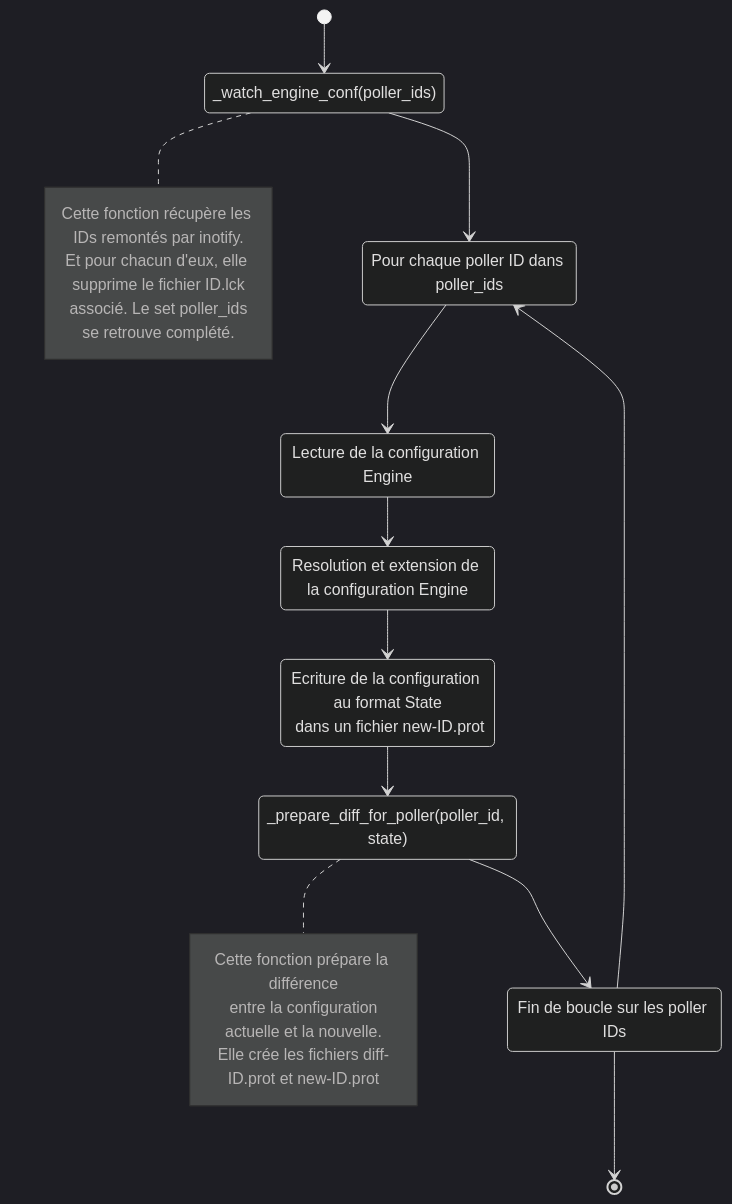
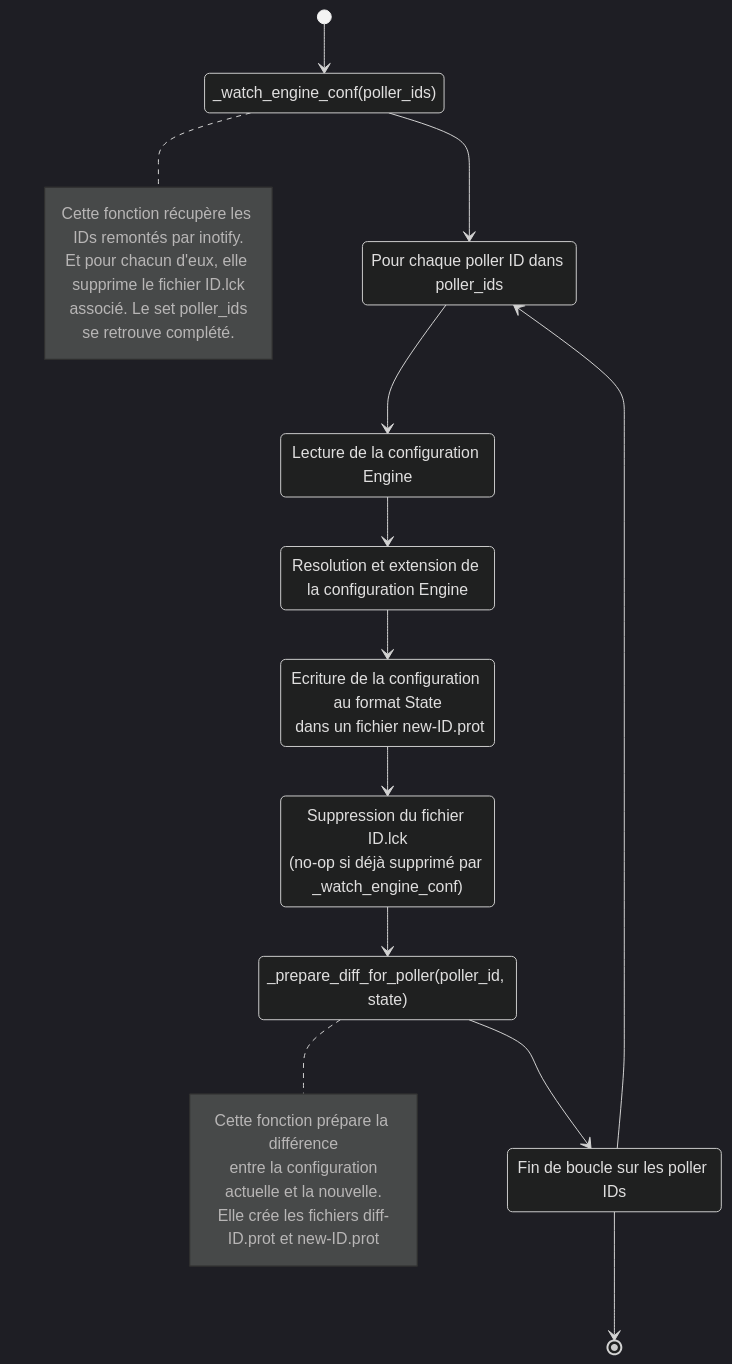
The tenth of 18 diagrams in broker/doc/nego-engine-broker-fr.md (centreon/centreon-collect), drawn with Mermaid (dark theme) before and after one commit. The commit also changed other lines of this file and 23 other files, not shown here.

Commit message:
enh(broker): When the prot file is lost on broker side, Engine can send it back

````diff
--- a/broker/doc/nego-engine-broker-fr.md
+++ b/broker/doc/nego-engine-broker-fr.md
@@ -826,20 +861,22 @@
 ```mermaid
 stateDiagram-v2
     [*] --> _watch_engine_conf(poller_ids)
     _watch_engine_conf(poller_ids) --> pour_chaque_poller_id
     note right of _watch_engine_conf(poller_ids): Cette fonction récupère les IDs remontés par inotify.<br/>Et pour chacun d'eux, elle supprime le fichier ID.lck<br/> associé. Le set poller_ids se retrouve complété.
     lect_conf_engine: Lecture de la configuration Engine
     pour_chaque_poller_id: Pour chaque poller ID dans poller_ids
     pour_chaque_poller_id --> lect_conf_engine
     lect_conf_engine --> resolution_de_la_configuration_engine
     resolution_de_la_configuration_engine: Resolution et extension de la configuration Engine
     resolution_de_la_configuration_engine --> ecriture_dans_fichier__new_ID_prot
     ecriture_dans_fichier__new_ID_prot: Ecriture de la configuration au format State<br/> dans un fichier new-ID.prot
-    ecriture_dans_fichier__new_ID_prot --> preparation_de_la_difference
+    ecriture_dans_fichier__new_ID_prot --> suppression_fichier_lck
+    suppression_fichier_lck: Suppression du fichier ID.lck<br/>(no-op si déjà supprimé par _watch_engine_conf)
+    suppression_fichier_lck --> preparation_de_la_difference
     preparation_de_la_difference: _prepare_diff_for_poller(poller_id, state)
     preparation_de_la_difference --> fin_pour_chaque_poller_id
     note right of preparation_de_la_difference: Cette fonction prépare la différence<br/> entre la configuration actuelle et la nouvelle.<br/>Elle crée les fichiers diff-ID.prot et new-ID.prot
     fin_pour_chaque_poller_id: Fin de boucle sur les poller IDs
     fin_pour_chaque_poller_id --> pour_chaque_poller_id
     fin_pour_chaque_poller_id --> [*]
 ```
````
